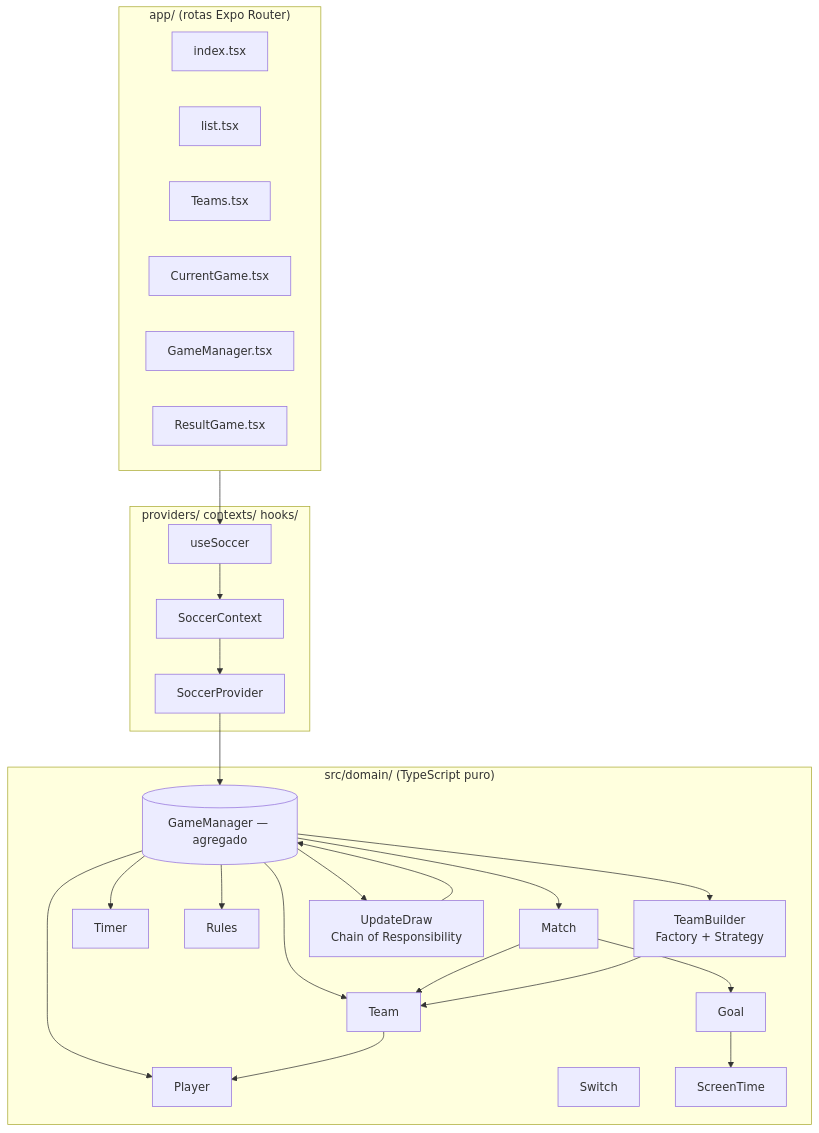
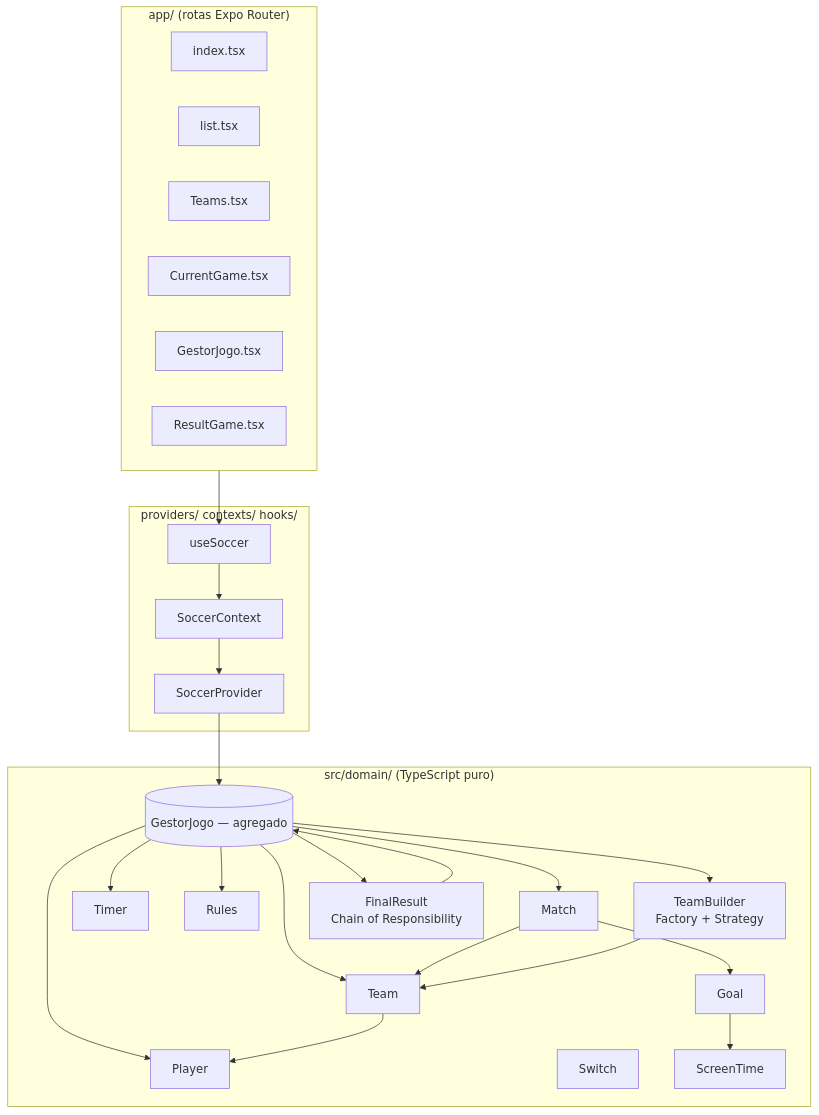
The first of 2 diagrams in docs/desenvolvedor/arquitetura.md (Paulo-Marcos/Futelista), drawn with Mermaid before and after one commit. The commit also changed other lines of this file and 65 other files, not shown here.

First line of the commit message:
refactor(domain): GameManager → GestorJogo (classe, arquivo, imports e docs)

````diff
--- a/docs/desenvolvedor/arquitetura.md
+++ b/docs/desenvolvedor/arquitetura.md
@@ -11,49 +11,49 @@
 ```mermaid
 flowchart TB
   subgraph App["app/ (rotas Expo Router)"]
     R1[index.tsx]
     R2[list.tsx]
     R3[Teams.tsx]
     R4[CurrentGame.tsx]
-    R5[GameManager.tsx]
+    R5[GestorJogo.tsx]
     R6[ResultGame.tsx]
   end
 
   subgraph Cola["providers/ contexts/ hooks/"]
     P[SoccerProvider]
     C[SoccerContext]
     H[useSoccer]
   end
 
   subgraph Domain["src/domain/ (TypeScript puro)"]
-    GM[(GameManager — agregado)]
+    GM[(GestorJogo — agregado)]
     E1[Player]
     E2[Team]
     E3[Match]
     E4[Goal]
     E5[Switch]
     E6[Timer]
     E7[ScreenTime]
     E8[Rules]
     TB[TeamBuilder<br/>Factory + Strategy]
-    UD[UpdateDraw<br/>Chain of Responsibility]
+    UD[FinalResult<br/>Chain of Responsibility]
   end
 
   App --> H
   H --> C
   C --> P
   P --> GM
   GM --> E1
   GM --> E2
   GM --> E3
   GM --> E6
   GM --> E8
   GM --> TB
   GM --> UD
   E2 --> E1
   E3 --> E2
   E3 --> E4
   E4 --> E7
   TB --> E2
   UD --> GM
 ```
````
